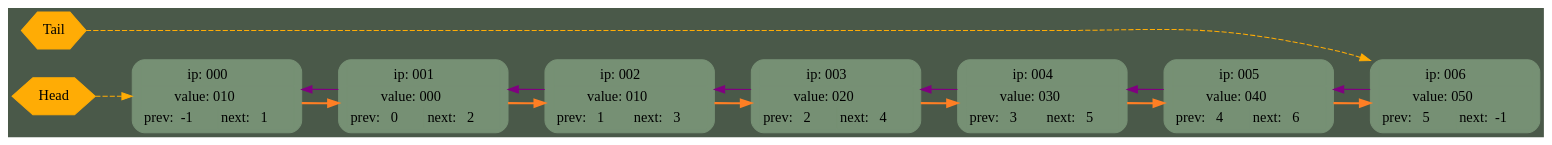
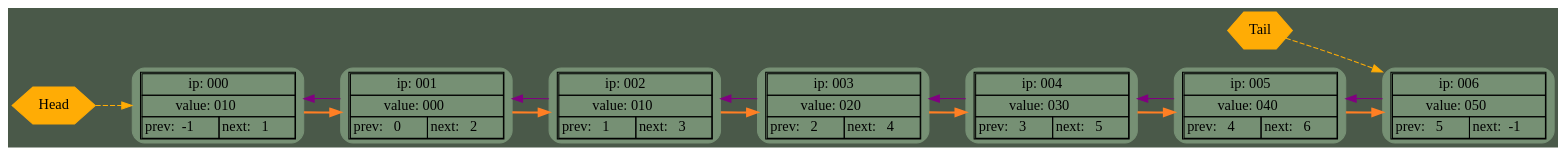
The diagram in GraphDump/dump.dot (rAch-kaplin/List), drawn with Graphviz before and after one commit. The commit also changed 2 other files, not shown here.

Commit message:
add table border

```diff
--- a/GraphDump/dump.dot
+++ b/GraphDump/dump.dot
@@ -1,75 +1,73 @@
 digraph G {
 	rankdir = LR;
 	bgcolor="#4A5949"
 	node000 [shape=Mrecord; style=filled; color="#769074"; label = <
-		         <table border='0' cellborder='1' cellspacing='0'>
+		         <table BORDER="1" CELLBORDER="1" CELLSPACING="0" CELLPADDING="2" BGCOLOR="#769074" COLOR="black">
 			           <tr><td align='center' colspan='2'> ip: 000 </td></tr>
 			           <tr><td align='center' colspan='2'> value: 010 </td></tr>
-			           <tr><td align='center' > prev:  -1 </td>
-			               <td align='center'> next:   1 </td></tr>
+			           <tr><td PORT='prev' align='center' > prev:  -1 </td>
+			               <td PORT='next' align='center'> next:   1 </td></tr>
 		         </table> >];
 	node001 [shape=Mrecord; style=filled; color="#769074"; label = <
-		         <table border='0' cellborder='1' cellspacing='0'>
+		         <table BORDER="1" CELLBORDER="1" CELLSPACING="0" CELLPADDING="2" BGCOLOR="#769074" COLOR="black">
 			           <tr><td align='center' colspan='2'> ip: 001 </td></tr>
 			           <tr><td align='center' colspan='2'> value: 000 </td></tr>
-			           <tr><td align='center' > prev:   0 </td>
-			               <td align='center'> next:   2 </td></tr>
+			           <tr><td PORT='prev' align='center' > prev:   0 </td>
+			               <td PORT='next' align='center'> next:   2 </td></tr>
 		         </table> >];
 	node002 [shape=Mrecord; style=filled; color="#769074"; label = <
-		         <table border='0' cellborder='1' cellspacing='0'>
+		         <table BORDER="1" CELLBORDER="1" CELLSPACING="0" CELLPADDING="2" BGCOLOR="#769074" COLOR="black">
 			           <tr><td align='center' colspan='2'> ip: 002 </td></tr>
 			           <tr><td align='center' colspan='2'> value: 010 </td></tr>
-			           <tr><td align='center' > prev:   1 </td>
-			               <td align='center'> next:   3 </td></tr>
+			           <tr><td PORT='prev' align='center' > prev:   1 </td>
+			               <td PORT='next' align='center'> next:   3 </td></tr>
 		         </table> >];
 	node003 [shape=Mrecord; style=filled; color="#769074"; label = <
-		         <table border='0' cellborder='1' cellspacing='0'>
+		         <table BORDER="1" CELLBORDER="1" CELLSPACING="0" CELLPADDING="2" BGCOLOR="#769074" COLOR="black">
 			           <tr><td align='center' colspan='2'> ip: 003 </td></tr>
 			           <tr><td align='center' colspan='2'> value: 020 </td></tr>
-			           <tr><td align='center' > prev:   2 </td>
-			               <td align='center'> next:   4 </td></tr>
+			           <tr><td PORT='prev' align='center' > prev:   2 </td>
+			               <td PORT='next' align='center'> next:   4 </td></tr>
 		         </table> >];
 	node004 [shape=Mrecord; style=filled; color="#769074"; label = <
-		         <table border='0' cellborder='1' cellspacing='0'>
+		         <table BORDER="1" CELLBORDER="1" CELLSPACING="0" CELLPADDING="2" BGCOLOR="#769074" COLOR="black">
 			           <tr><td align='center' colspan='2'> ip: 004 </td></tr>
 			           <tr><td align='center' colspan='2'> value: 030 </td></tr>
-			           <tr><td align='center' > prev:   3 </td>
-			               <td align='center'> next:   5 </td></tr>
+			           <tr><td PORT='prev' align='center' > prev:   3 </td>
+			               <td PORT='next' align='center'> next:   5 </td></tr>
 		         </table> >];
 	node005 [shape=Mrecord; style=filled; color="#769074"; label = <
-		         <table border='0' cellborder='1' cellspacing='0'>
+		         <table BORDER="1" CELLBORDER="1" CELLSPACING="0" CELLPADDING="2" BGCOLOR="#769074" COLOR="black">
 			           <tr><td align='center' colspan='2'> ip: 005 </td></tr>
 			           <tr><td align='center' colspan='2'> value: 040 </td></tr>
-			           <tr><td align='center' > prev:   4 </td>
-			               <td align='center'> next:   6 </td></tr>
+			           <tr><td PORT='prev' align='center' > prev:   4 </td>
+			               <td PORT='next' align='center'> next:   6 </td></tr>
 		         </table> >];
 	node006 [shape=Mrecord; style=filled; color="#769074"; label = <
-		         <table border='0' cellborder='1' cellspacing='0'>
+		         <table BORDER="1" CELLBORDER="1" CELLSPACING="0" CELLPADDING="2" BGCOLOR="#769074" COLOR="black">
 			           <tr><td align='center' colspan='2'> ip: 006 </td></tr>
 			           <tr><td align='center' colspan='2'> value: 050 </td></tr>
-			           <tr><td align='center' > prev:   5 </td>
-			               <td align='center'> next:  -1 </td></tr>
+			           <tr><td PORT='prev' align='center' > prev:   5 </td>
+			               <td PORT='next' align='center'> next:  -1 </td></tr>
 		         </table> >];
 
 
 	node000 -> node001 [style=bold; weight=1000; color=chocolate1; ];
 	node001 -> node002 [style=bold; weight=1000; color=chocolate1; ];
 	node002 -> node003 [style=bold; weight=1000; color=chocolate1; ];
 	node003 -> node004 [style=bold; weight=1000; color=chocolate1; ];
 	node004 -> node005 [style=bold; weight=1000; color=chocolate1; ];
 	node005 -> node006 [style=bold; weight=1000; color=chocolate1; ];
 	node006 -> node005 [weight=0; color=purple; constraint=false; ];
 	node005 -> node004 [weight=0; color=purple; constraint=false; ];
 	node004 -> node003 [weight=0; color=purple; constraint=false; ];
 	node003 -> node002 [weight=0; color=purple; constraint=false; ];
 	node002 -> node001 [weight=0; color=purple; constraint=false; ];
 	node001 -> node000 [weight=0; color=purple; constraint=false; ];
 
 	head [shape=hexagon; style=filled; color="#ffac05"; label="Head"];
 	head -> node000 [style=dashed; color="#ffac05"];
-	{ rank = min; head; }
-
 	tail [shape=hexagon; style=filled; color="#ffac05"; label="Tail"];
 	tail -> node006 [style=dashed; color="#ffac05"];
-	{ rank = min; tail; }
+
 }
```
